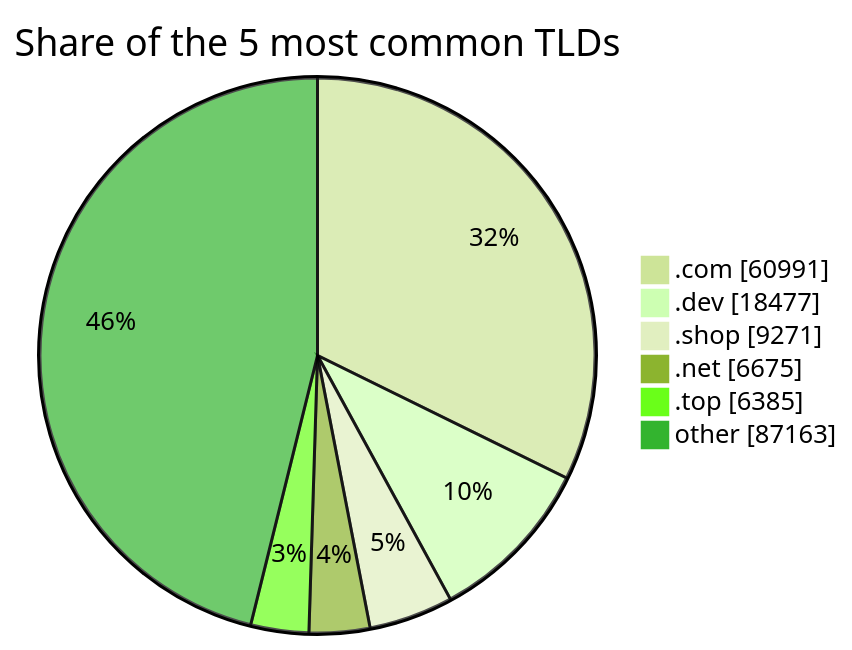
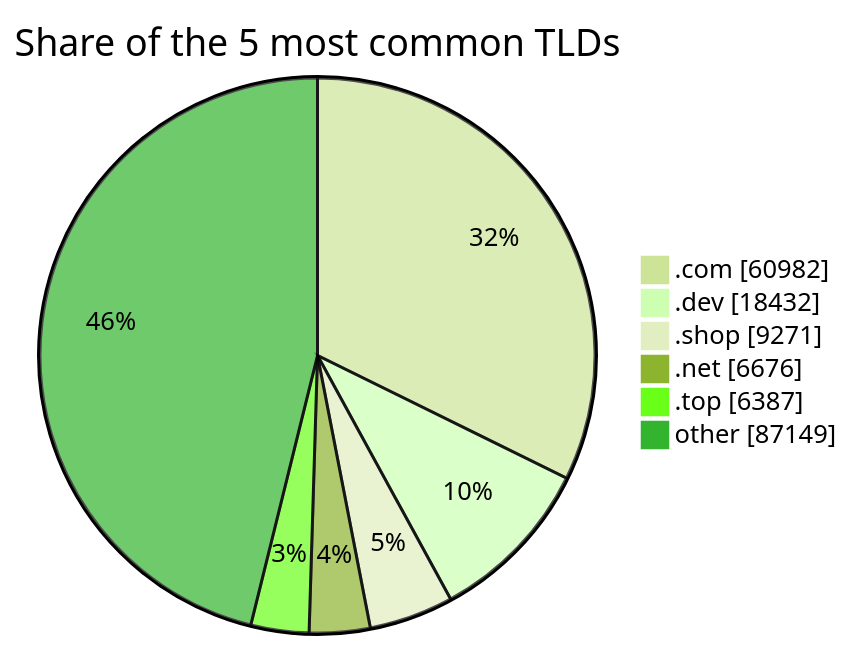
The third of 3 diagrams in README.md (DNSBunker/CTI), drawn with Mermaid (forest theme) before and after one commit. The commit also changed other lines of this file and 3 other files, not shown here.

````diff
--- a/README.md
+++ b/README.md
@@ -81,9 +81,9 @@
 ```mermaid
 pie showData title Share of the 5 most common TLDs
-    ".com" : 60991
-    ".dev" : 18477
+    ".com" : 60982
+    ".dev" : 18432
     ".shop" : 9271
-    ".net" : 6675
-    ".top" : 6385
-    "other" : 87163
+    ".net" : 6676
+    ".top" : 6387
+    "other" : 87149
 ```
````
